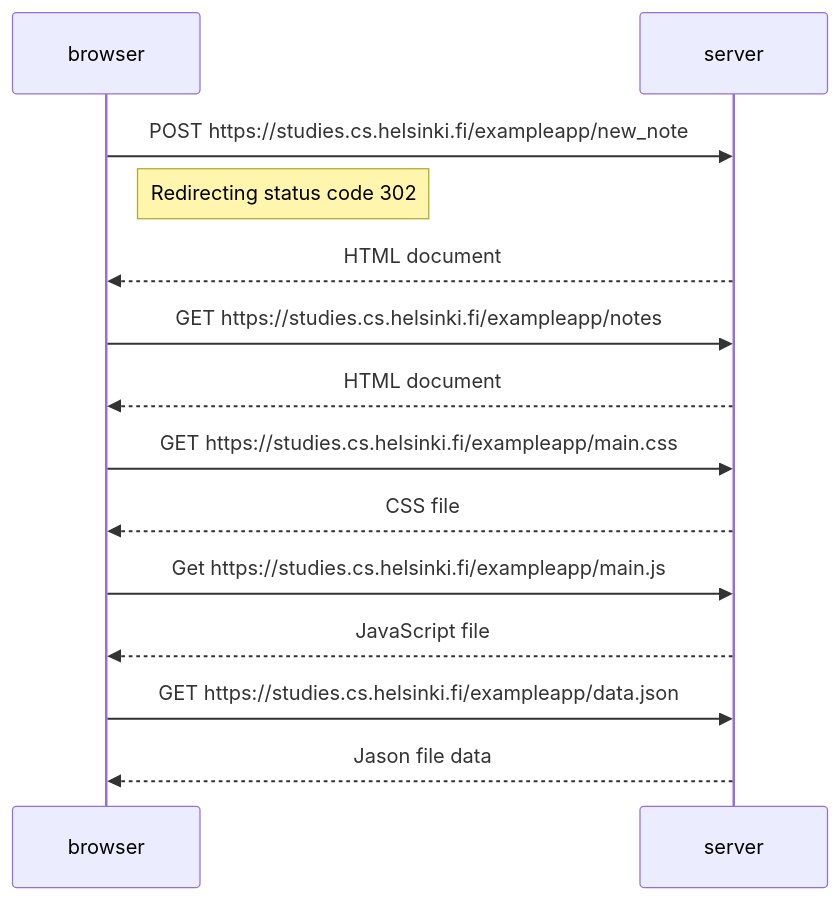
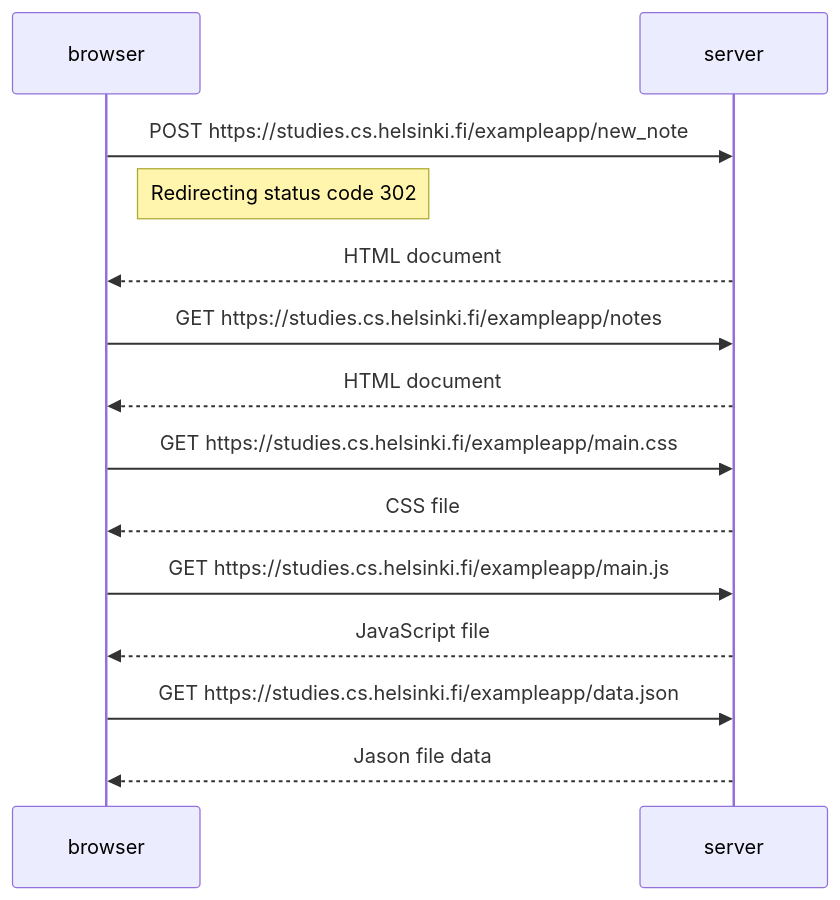
Before and after one commit to hartonenolli/fullstack: the first of 2 diagrams in Osa0/README.md, drawn with Mermaid. The commit also changed other lines of this file, not shown here.

````diff
--- a/Osa0/README.md
+++ b/Osa0/README.md
@@ -1,15 +2,15 @@
 ```mermaid
 sequenceDiagram
     browser->>server: POST https://studies.cs.helsinki.fi/exampleapp/new_note
     Note right of browser: Redirecting status code 302
     server-->>browser: HTML document
     
     browser->>server: GET https://studies.cs.helsinki.fi/exampleapp/notes
     server-->>browser: HTML document
     browser->>server: GET https://studies.cs.helsinki.fi/exampleapp/main.css
     server-->>browser: CSS file
-    browser->>server: Get https://studies.cs.helsinki.fi/exampleapp/main.js
+    browser->>server: GET https://studies.cs.helsinki.fi/exampleapp/main.js
     server-->>browser: JavaScript file
     browser->>server: GET https://studies.cs.helsinki.fi/exampleapp/data.json
     server-->>browser: Jason file data
 ```
````
